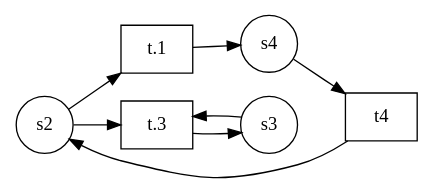
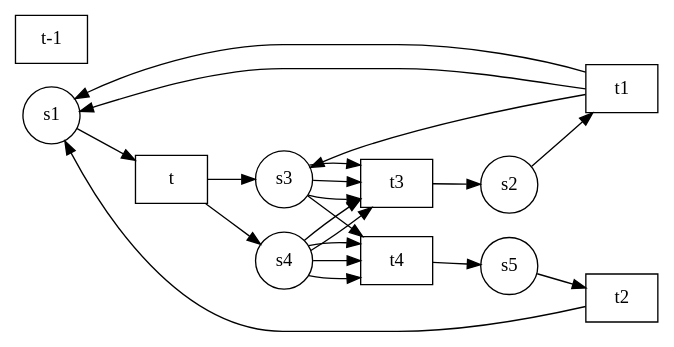
One commit to dnannen/reduction-of-petri-nets changed the diagram in Reduktionsalgorithmen/test.gv. Above: the diagram before and after it, drawn with Graphviz. The commit also changed 3 other files, not shown here.

```diff
--- a/Reduktionsalgorithmen/test.gv
+++ b/Reduktionsalgorithmen/test.gv
@@ -1,17 +1,37 @@
 digraph petrinet{
 node[shape=circle];
 rankdir=LR;
+"s1";
 "s2";
 "s3";
 "s4";
+"s5";
+"t" [shape=box];
+"t1" [shape=box];
+"t2" [shape=box];
+"t3" [shape=box];
 "t4" [shape=box];
-"t.1" [shape=box];
-"t.3" [shape=box];
-"s2"->"t.1"
-"s2"->"t.3"
-"s3"->"t.3"
+"t-1" [shape=box];
+"t-1" [shape=box];
+"t-1" [shape=box];
+"s1"->"t"
+"s2"->"t1"
+"s3"->"t3"
+"s3"->"t3"
+"s3"->"t3"
+"s3"->"t4"
+"s4"->"t3"
+"s4"->"t3"
 "s4"->"t4"
-"t4"->"s2"
-"t.1"->"s4"
-"t.3"->"s3"
+"s4"->"t4"
+"s4"->"t4"
+"s5"->"t2"
+"t"->"s3"
+"t"->"s4"
+"t1"->"s1"
+"t1"->"s1"
+"t1"->"s3"
+"t2"->"s1"
+"t3"->"s2"
+"t4"->"s5"
 }
```
